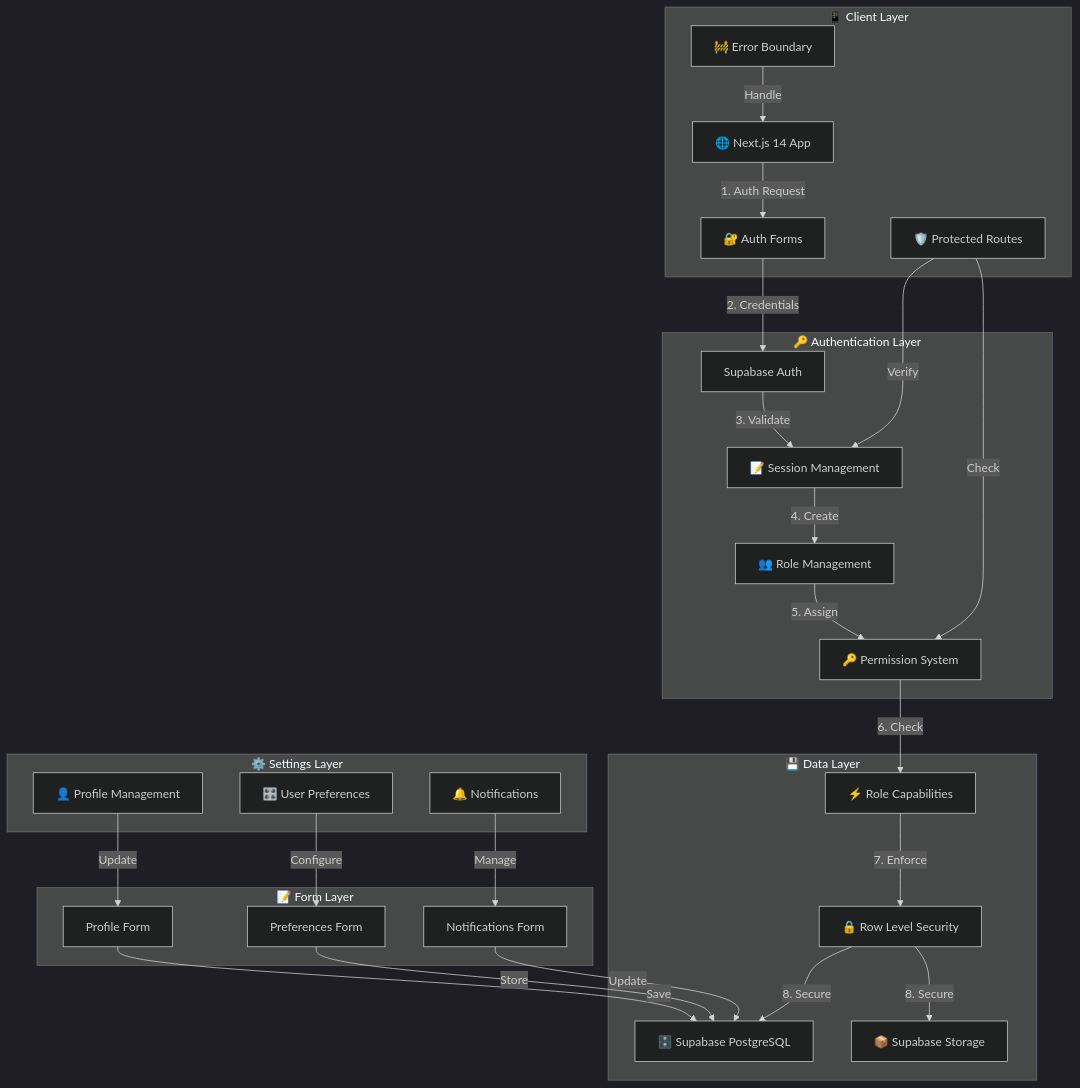
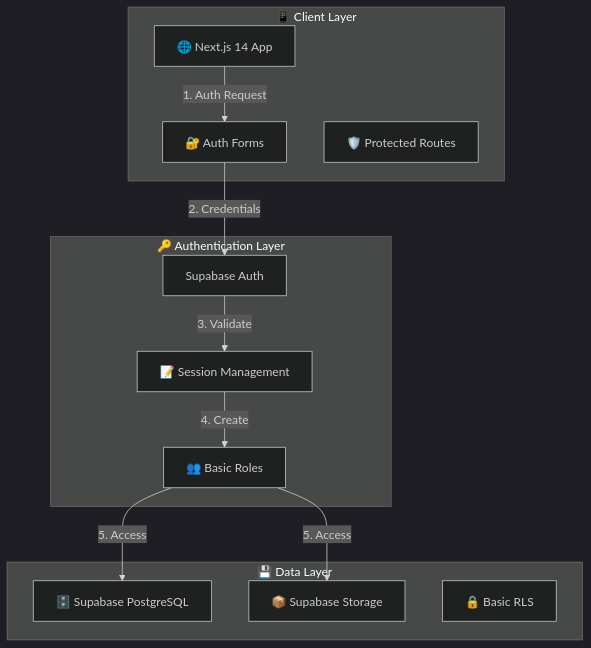
Before and after one commit to mrj0nesmtl/cloud-burst: the first of 2 diagrams in docs/architecture/system_architecture_flowchart.md, drawn with Mermaid (dark theme). The commit also changed other lines of this file and 54 other files, not shown here.

````diff
--- a/docs/architecture/system_architecture_flowchart.md
+++ b/docs/architecture/system_architecture_flowchart.md
@@ -8,57 +8,27 @@
 ```mermaid
 flowchart TD
     subgraph Client[📱 Client Layer]
         WebApp[🌐 Next.js 14 App]
         AuthForms[🔐 Auth Forms]
         Protected[🛡️ Protected Routes]
-        ErrorBoundary[🚧 Error Boundary]
     end
 
     subgraph Auth[🔑 Authentication Layer]
         SupaAuth[Supabase Auth]
         Session[📝 Session Management]
-        Roles[👥 Role Management]
-        Permissions[🔑 Permission System]
+        Roles[👥 Basic Roles]
     end
 
     subgraph Data[💾 Data Layer]
         Database[🗄️ Supabase PostgreSQL]
         Storage[📦 Supabase Storage]
-        RLS[🔒 Row Level Security]
-        Capabilities[⚡ Role Capabilities]
-    end
-
-    subgraph Settings[⚙️ Settings Layer]
-        Profile[👤 Profile Management]
-        Prefs[🎛️ User Preferences]
-        Notifs[🔔 Notifications]
-    end
-
-    subgraph Forms[📝 Form Layer]
-        ProfileForm[Profile Form]
-        PrefsForm[Preferences Form]
-        NotifsForm[Notifications Form]
+        RLS[🔒 Basic RLS]
     end
 
     WebApp -->|1. Auth Request| AuthForms
     AuthForms -->|2. Credentials| SupaAuth
     SupaAuth -->|3. Validate| Session
     Session -->|4. Create| Roles
-    Roles -->|5. Assign| Permissions
-    Permissions -->|6. Check| Capabilities
-    Capabilities -->|7. Enforce| RLS
-    RLS -->|8. Secure| Database
-    RLS -->|8. Secure| Storage
-    
-    Protected -->|Verify| Session
-    Protected -->|Check| Permissions
-    ErrorBoundary -->|Handle| WebApp
-
-    Profile -->|Update| ProfileForm
-    Prefs -->|Configure| PrefsForm
-    Notifs -->|Manage| NotifsForm
-
-    ProfileForm -->|Save| Database
-    PrefsForm -->|Store| Database
-    NotifsForm -->|Update| Database
+    Roles -->|5. Access| Database
+    Roles -->|5. Access| Storage
 ```
````
